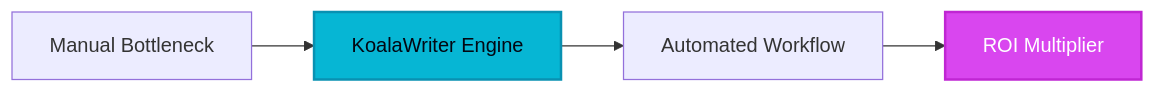
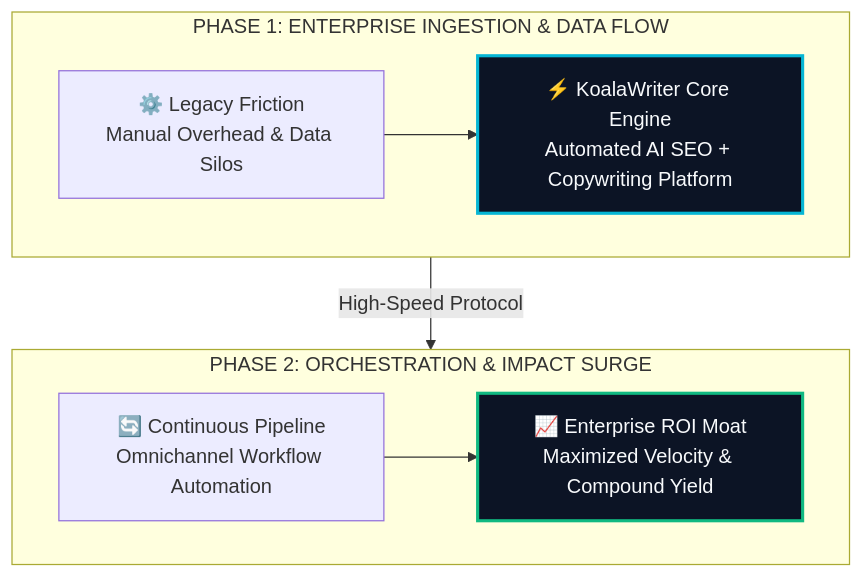
The diagram in site/src/content/blog/koalawriter-evolution-guide-2026.md (heliatech-media/saas-radar), drawn with Mermaid before and after one commit. The commit also changed 97 other files, not shown here.

First line of the commit message:
feat(diagrams): upgrade all article architecture schemas to high-impact 2-tier responsive vector blueprints

````diff
--- a/site/src/content/blog/koalawriter-evolution-guide-2026.md
+++ b/site/src/content/blog/koalawriter-evolution-guide-2026.md
@@ -65,8 +65,14 @@
 ```mermaid
-flowchart LR
-    A[Manual Bottleneck] --> B[KoalaWriter Engine]
-    B --> C[Automated Workflow]
-    C --> D[ROI Multiplier]
-    style B fill:#06b6d4,stroke:#0891b2,stroke-width:2px,color:#030712
-    style D fill:#d946ef,stroke:#c026d3,stroke-width:2px,color:#ffffff
+flowchart TD
+    subgraph S1["PHASE 1: ENTERPRISE INGESTION & DATA FLOW"]
+        direction LR
+        A["⚙️ Legacy Friction<br/>Manual Overhead & Data Silos"] --> B["⚡ KoalaWriter Core Engine<br/>Automated AI SEO + Copywriting Platform"]
+    end
+    subgraph S2["PHASE 2: ORCHESTRATION & IMPACT SURGE"]
+        direction LR
+        C["🔄 Continuous Pipeline<br/>Omnichannel Workflow Automation"] --> D["📈 Enterprise ROI Moat<br/>Maximized Velocity & Compound Yield"]
+    end
+    S1 -->|High-Speed Protocol| S2
+    style B fill:#0c1425,stroke:#06b6d4,stroke-width:2.5px,color:#f8fafc
+    style D fill:#0c1425,stroke:#10b981,stroke-width:2.5px,color:#f8fafc
 ```
````
